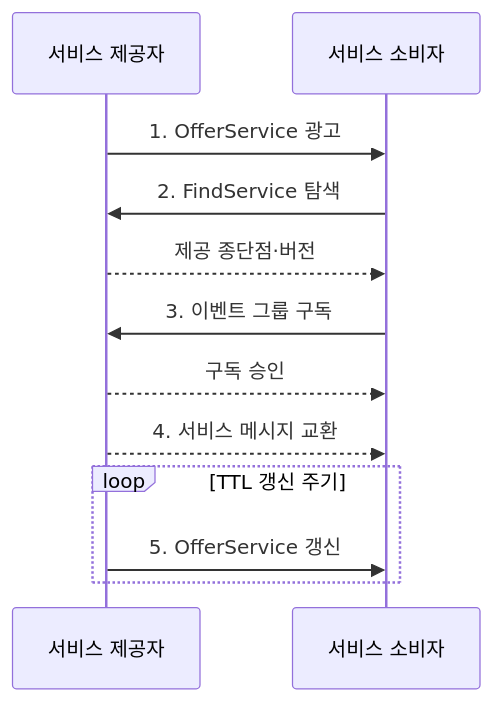
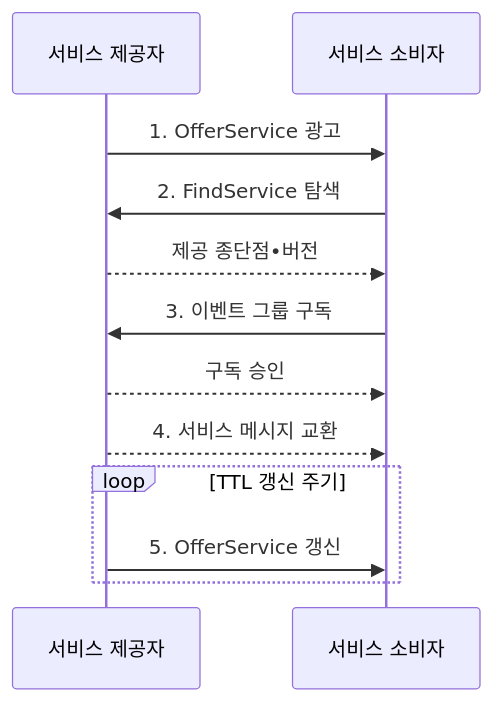
Before and after one commit to agnusdei1207/knowledge-base: the second of 2 diagrams in src/content/docs/notes/04-network/082_some_ip_automotive_ethernet.md, drawn with Mermaid. The commit also changed other lines of this file and 953 other files, not shown here.

````diff
--- a/src/content/docs/notes/04-network/082_some_ip_automotive_ethernet.md
+++ b/src/content/docs/notes/04-network/082_some_ip_automotive_ethernet.md
@@ -107,14 +107,14 @@
 ```mermaid
 sequenceDiagram
     participant P as 서비스 제공자
     participant C as 서비스 소비자
     P->>C: 1. OfferService 광고
     C->>P: 2. FindService 탐색
-    P-->>C: 제공 종단점·버전
+    P-->>C: 제공 종단점•버전
     C->>P: 3. 이벤트 그룹 구독
     P-->>C: 구독 승인
     P-->>C: 4. 서비스 메시지 교환
     loop TTL 갱신 주기
         P->>C: 5. OfferService 갱신
     end
 ```
````
